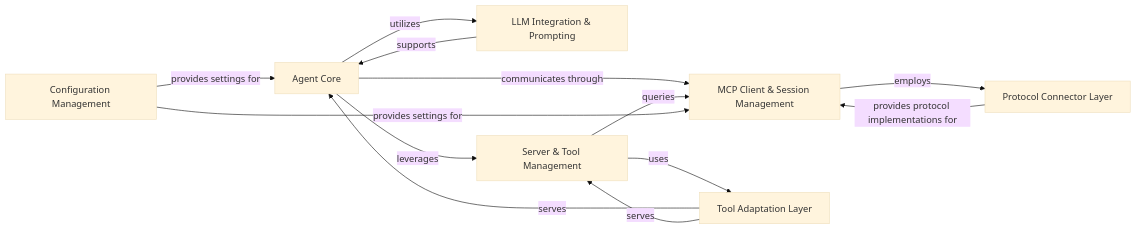
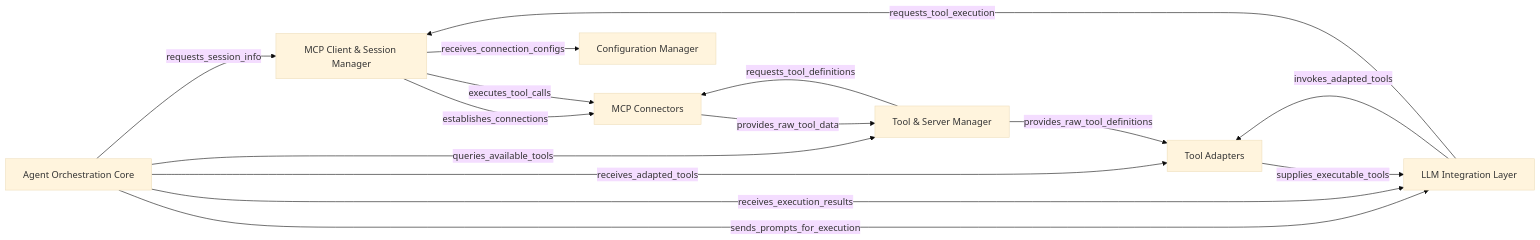
The diagram in .codeboarding/on_boarding.mdx (mcp-use/mcp-use), drawn with Mermaid (base theme) before and after one commit. The commit also changed other lines of this file and 27 other files, not shown here.

First line of the commit message:
docs: update codeboarding documentation and generate architecture

````diff
--- a/.codeboarding/on_boarding.mdx
+++ b/.codeboarding/on_boarding.mdx
@@ -8,28 +8,30 @@
 ```mermaid
 graph LR
-    Agent_Core["Agent Core"]
-    LLM_Integration_Prompting["LLM Integration & Prompting"]
-    MCP_Client_Session_Management["MCP Client & Session Management"]
-    Protocol_Connector_Layer["Protocol Connector Layer"]
-    Server_Tool_Management["Server & Tool Management"]
-    Tool_Adaptation_Layer["Tool Adaptation Layer"]
-    Configuration_Management["Configuration Management"]
-    Agent_Core -- "utilizes" --> LLM_Integration_Prompting
-    Agent_Core -- "leverages" --> Server_Tool_Management
-    Agent_Core -- "communicates through" --> MCP_Client_Session_Management
-    LLM_Integration_Prompting -- "supports" --> Agent_Core
-    MCP_Client_Session_Management -- "employs" --> Protocol_Connector_Layer
-    Protocol_Connector_Layer -- "provides protocol implementations for" --> MCP_Client_Session_Management
-    Server_Tool_Management -- "queries" --> MCP_Client_Session_Management
-    Server_Tool_Management -- "uses" --> Tool_Adaptation_Layer
-    Tool_Adaptation_Layer -- "serves" --> Agent_Core
-    Tool_Adaptation_Layer -- "serves" --> Server_Tool_Management
-    Configuration_Management -- "provides settings for" --> MCP_Client_Session_Management
-    Configuration_Management -- "provides settings for" --> Agent_Core
-    click Agent_Core href "/codeboarding/Agent_Core.md" "Details"
-    click LLM_Integration_Prompting href "/codeboarding/LLM_Integration_Prompting.md" "Details"
-    click MCP_Client_Session_Management href "/codeboarding/MCP_Client_Session_Management.md" "Details"
-    click Protocol_Connector_Layer href "/codeboarding/Protocol_Connector_Layer.md" "Details"
-    click Server_Tool_Management href "/codeboarding/Server_Tool_Management.md" "Details"
-    click Tool_Adaptation_Layer href "/codeboarding/Tool_Adaptation_Layer.md" "Details"
+    Agent_Orchestration_Core["Agent Orchestration Core"]
+    MCP_Client_Session_Manager["MCP Client & Session Manager"]
+    MCP_Connectors["MCP Connectors"]
+    Tool_Server_Manager["Tool & Server Manager"]
+    Tool_Adapters["Tool Adapters"]
+    LLM_Integration_Layer["LLM Integration Layer"]
+    Configuration_Manager["Configuration Manager"]
+    Agent_Orchestration_Core -- "requests_session_info" --> MCP_Client_Session_Manager
+    Agent_Orchestration_Core -- "queries_available_tools" --> Tool_Server_Manager
+    Agent_Orchestration_Core -- "receives_adapted_tools" --> Tool_Adapters
+    Agent_Orchestration_Core -- "sends_prompts_for_execution" --> LLM_Integration_Layer
+    Agent_Orchestration_Core -- "receives_execution_results" --> LLM_Integration_Layer
+    MCP_Client_Session_Manager -- "establishes_connections" --> MCP_Connectors
+    MCP_Client_Session_Manager -- "executes_tool_calls" --> MCP_Connectors
+    MCP_Client_Session_Manager -- "receives_connection_configs" --> Configuration_Manager
+    MCP_Connectors -- "provides_raw_tool_data" --> Tool_Server_Manager
+    Tool_Server_Manager -- "requests_tool_definitions" --> MCP_Connectors
+    Tool_Server_Manager -- "provides_raw_tool_definitions" --> Tool_Adapters
+    Tool_Adapters -- "supplies_executable_tools" --> LLM_Integration_Layer
+    LLM_Integration_Layer -- "invokes_adapted_tools" --> Tool_Adapters
+    LLM_Integration_Layer -- "requests_tool_execution" --> MCP_Client_Session_Manager
+    click Agent_Orchestration_Core href "/codeboarding/Agent_Orchestration_Core.md" "Details"
+    click MCP_Client_Session_Manager href "/codeboarding/MCP_Client_Session_Manager.md" "Details"
+    click MCP_Connectors href "/codeboarding/MCP_Connectors.md" "Details"
+    click Tool_Server_Manager href "/codeboarding/Tool_Server_Manager.md" "Details"
+    click Tool_Adapters href "/codeboarding/Tool_Adapters.md" "Details"
+    click LLM_Integration_Layer href "/codeboarding/LLM_Integration_Layer.md" "Details"
 ```
````
